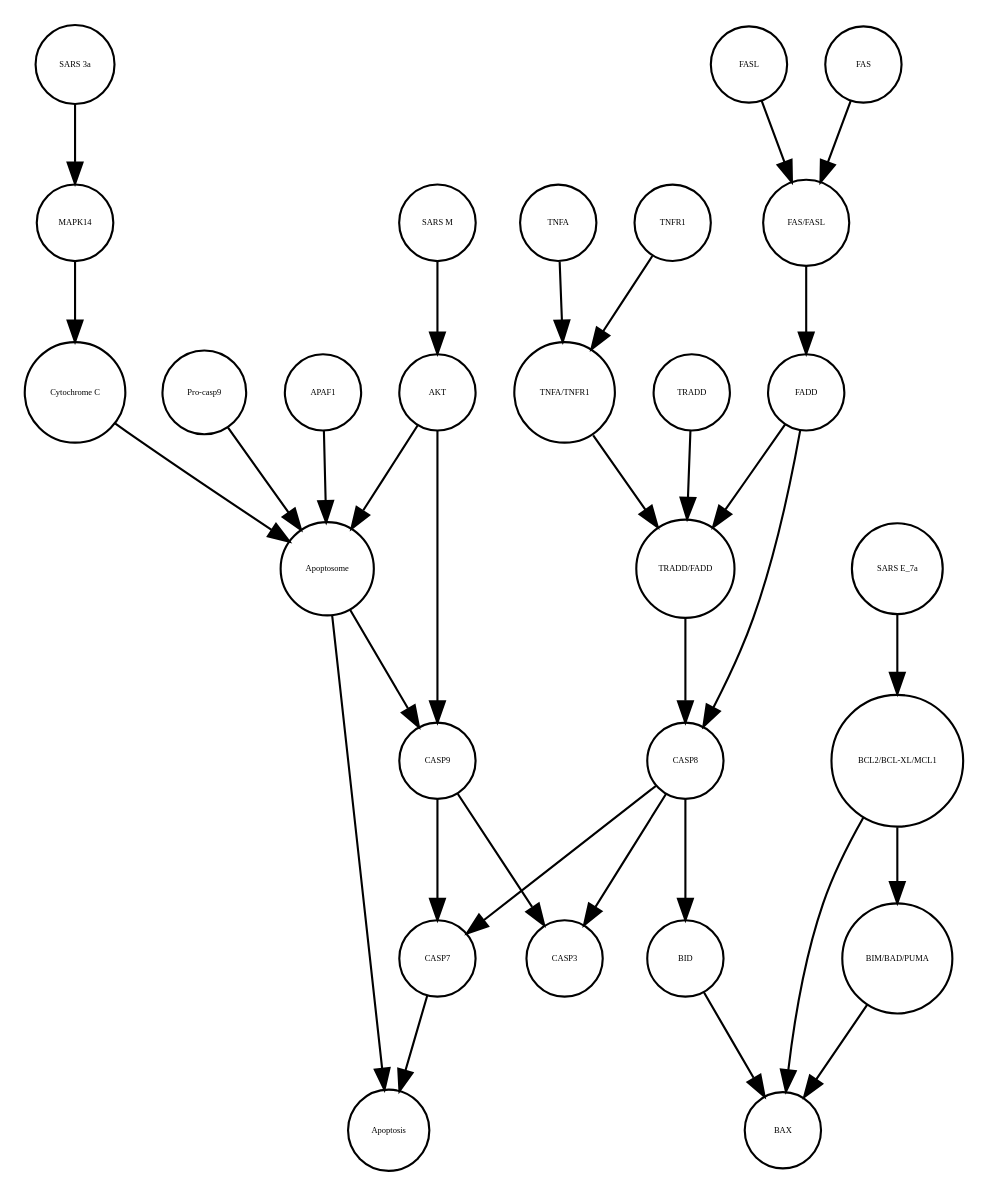
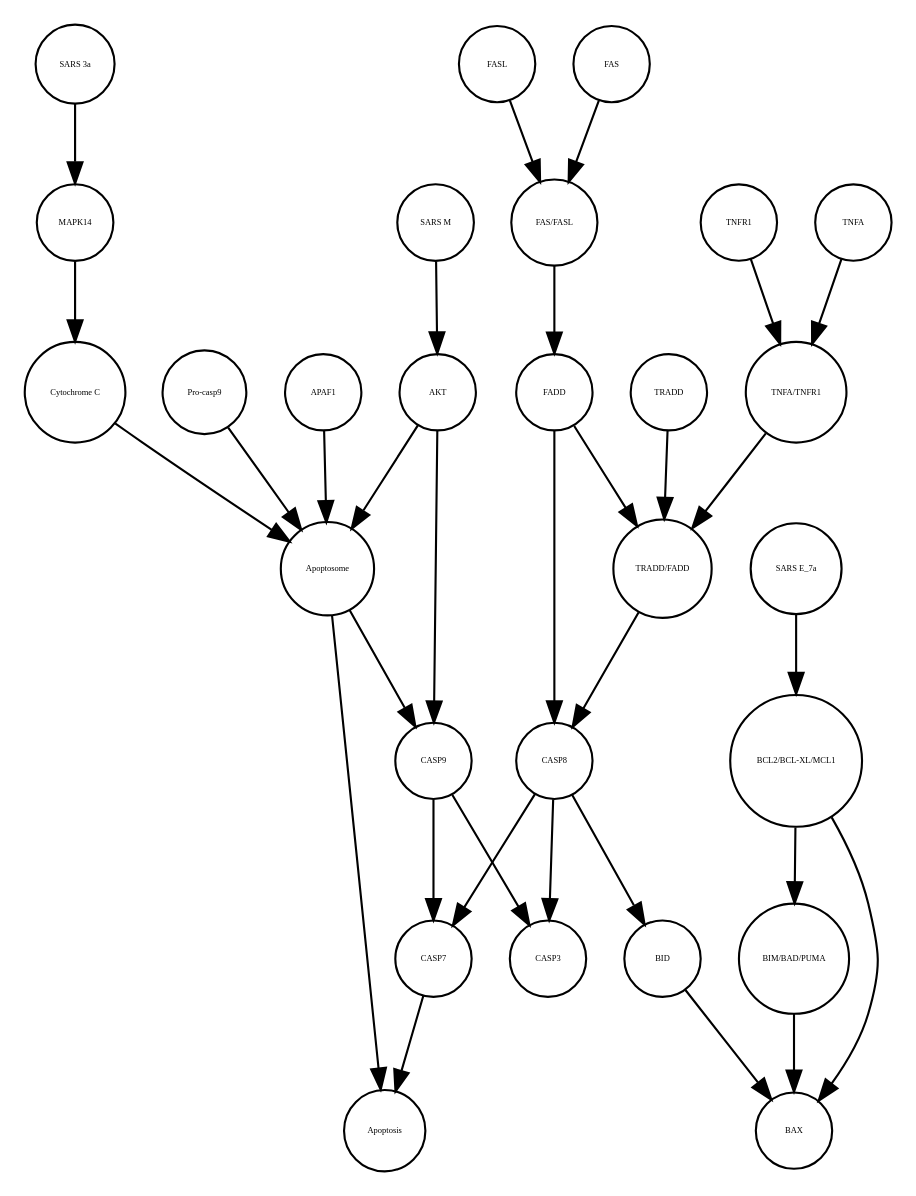
One commit to cannin/covid19-sbgn changed the diagram in Apoptosis_VS_SSA_AN.xml_projected.dot. Above: the diagram before and after it, drawn with Graphviz. The commit also changed other lines of this file and 572 other files, not shown here.

```diff
--- a/Apoptosis_VS_SSA_AN.xml_projected.dot
+++ b/Apoptosis_VS_SSA_AN.xml_projected.dot
@@ -1,60 +1,60 @@
 strict digraph  {
 CASP7 [annotation="", bipartite=0, cls=macromolecule, fontsize=4, label=CASP7, shape=circle];
 Apoptosis [annotation="", bipartite=0, cls=phenotype, fontsize=4, label=Apoptosis, shape=circle];
 Apoptosome [annotation="", bipartite=0, cls=complex, fontsize=4, label=Apoptosome, shape=circle];
+BAX [annotation="", bipartite=0, cls=macromolecule, fontsize=4, label=BAX, shape=circle];
+"Cytochrome C" [annotation="", bipartite=0, cls=macromolecule, fontsize=4, label="Cytochrome C", shape=circle];
+"SARS M" [annotation="", bipartite=0, cls=macromolecule, fontsize=4, label="SARS M", shape=circle];
+"SARS E_7a" [annotation="", bipartite=0, cls=macromolecule, fontsize=4, label="SARS E_7a", shape=circle];
+"SARS 3a" [annotation="", bipartite=0, cls=macromolecule, fontsize=4, label="SARS 3a", shape=circle];
+"Pro-casp9" [annotation="", bipartite=0, cls=macromolecule, fontsize=4, label="Pro-casp9", shape=circle];
+TRADD [annotation="", bipartite=0, cls=macromolecule, fontsize=4, label=TRADD, shape=circle];
 CASP8 [annotation="", bipartite=0, cls=macromolecule, fontsize=4, label=CASP8, shape=circle];
-BAX [annotation="", bipartite=0, cls=macromolecule, fontsize=4, label=BAX, shape=circle];
+FADD [annotation="", bipartite=0, cls=macromolecule, fontsize=4, label=FADD, shape=circle];
+BID [annotation="", bipartite=0, cls=macromolecule, fontsize=4, label=BID, shape=circle];
+TNFR1 [annotation="", bipartite=0, cls=macromolecule, fontsize=4, label=TNFR1, shape=circle];
+APAF1 [annotation="", bipartite=0, cls=macromolecule, fontsize=4, label=APAF1, shape=circle];
+"TNFA/TNFR1" [annotation="", bipartite=0, cls=complex, fontsize=4, label="TNFA/TNFR1", shape=circle];
+"TRADD/FADD" [annotation="", bipartite=0, cls=complex, fontsize=4, label="TRADD/FADD", shape=circle];
 TNFA [annotation="", bipartite=0, cls=macromolecule, fontsize=4, label=TNFA, shape=circle];
-"SARS M" [annotation="", bipartite=0, cls=macromolecule, fontsize=4, label="SARS M", shape=circle];
+CASP3 [annotation="", bipartite=0, cls=macromolecule, fontsize=4, label=CASP3, shape=circle];
+"BIM/BAD/PUMA" [annotation="", bipartite=0, cls=complex, fontsize=4, label="BIM/BAD/PUMA", shape=circle];
+FAS [annotation="", bipartite=0, cls=macromolecule, fontsize=4, label=FAS, shape=circle];
 "BCL2/BCL-XL/MCL1" [annotation="", bipartite=0, cls=complex, fontsize=4, label="BCL2/BCL-XL/MCL1", shape=circle];
-FAS [annotation="", bipartite=0, cls=macromolecule, fontsize=4, label=FAS, shape=circle];
+MAPK14 [annotation="", bipartite=0, cls=macromolecule, fontsize=4, label=MAPK14, shape=circle];
 CASP9 [annotation="", bipartite=0, cls=macromolecule, fontsize=4, label=CASP9, shape=circle];
-BID [annotation="", bipartite=0, cls=macromolecule, fontsize=4, label=BID, shape=circle];
-"SARS 3a" [annotation="", bipartite=0, cls=macromolecule, fontsize=4, label="SARS 3a", shape=circle];
-"TNFA/TNFR1" [annotation="", bipartite=0, cls=complex, fontsize=4, label="TNFA/TNFR1", shape=circle];
-APAF1 [annotation="", bipartite=0, cls=macromolecule, fontsize=4, label=APAF1, shape=circle];
+FASL [annotation="", bipartite=0, cls=macromolecule, fontsize=4, label=FASL, shape=circle];
+"FAS/FASL" [annotation="", bipartite=0, cls=complex, fontsize=4, label="FAS/FASL", shape=circle];
 AKT [annotation="", bipartite=0, cls=macromolecule, fontsize=4, label=AKT, shape=circle];
-"Pro-casp9" [annotation="", bipartite=0, cls=macromolecule, fontsize=4, label="Pro-casp9", shape=circle];
-"Cytochrome C" [annotation="", bipartite=0, cls=macromolecule, fontsize=4, label="Cytochrome C", shape=circle];
-CASP3 [annotation="", bipartite=0, cls=macromolecule, fontsize=4, label=CASP3, shape=circle];
-"SARS E_7a" [annotation="", bipartite=0, cls=macromolecule, fontsize=4, label="SARS E_7a", shape=circle];
-"FAS/FASL" [annotation="", bipartite=0, cls=complex, fontsize=4, label="FAS/FASL", shape=circle];
-"TRADD/FADD" [annotation="", bipartite=0, cls=complex, fontsize=4, label="TRADD/FADD", shape=circle];
-"BIM/BAD/PUMA" [annotation="", bipartite=0, cls=complex, fontsize=4, label="BIM/BAD/PUMA", shape=circle];
-TNFR1 [annotation="", bipartite=0, cls=macromolecule, fontsize=4, label=TNFR1, shape=circle];
-TRADD [annotation="", bipartite=0, cls=macromolecule, fontsize=4, label=TRADD, shape=circle];
-FADD [annotation="", bipartite=0, cls=macromolecule, fontsize=4, label=FADD, shape=circle];
-MAPK14 [annotation="", bipartite=0, cls=macromolecule, fontsize=4, label=MAPK14, shape=circle];
-FASL [annotation="", bipartite=0, cls=macromolecule, fontsize=4, label=FASL, shape=circle];
 CASP7 -> Apoptosis  [annotation="", interaction_type=stimulation];
 Apoptosome -> Apoptosis  [annotation="", interaction_type=stimulation];
 Apoptosome -> CASP9  [annotation="urn_miriam_kegg.pathway_hsa04210", interaction_type=catalysis];
+"Cytochrome C" -> Apoptosome  [annotation="", interaction_type=production];
+"SARS M" -> AKT  [annotation=urn_miriam_pubmed_31226023, interaction_type=inhibition];
+"SARS E_7a" -> "BCL2/BCL-XL/MCL1"  [annotation="", interaction_type=inhibition];
+"SARS 3a" -> MAPK14  [annotation=urn_miriam_pubmed_31226023, interaction_type=catalysis];
+"Pro-casp9" -> Apoptosome  [annotation="", interaction_type=production];
+TRADD -> "TRADD/FADD"  [annotation="", interaction_type=production];
 CASP8 -> BID  [annotation="urn_miriam_kegg.pathway_hsa04210", interaction_type=catalysis];
+CASP8 -> CASP7  [annotation="urn_miriam_kegg.pathway_hsa04210", interaction_type=catalysis];
 CASP8 -> CASP3  [annotation="urn_miriam_kegg.pathway_hsa04210", interaction_type=catalysis];
-CASP8 -> CASP7  [annotation="urn_miriam_kegg.pathway_hsa04210", interaction_type=catalysis];
+FADD -> "TRADD/FADD"  [annotation="", interaction_type=production];
+FADD -> CASP8  [annotation="urn_miriam_kegg.pathway_hsa04210", interaction_type=catalysis];
+BID -> BAX  [annotation=urn_miriam_pubmed_31226023, interaction_type=catalysis];
+TNFR1 -> "TNFA/TNFR1"  [annotation="", interaction_type=production];
+APAF1 -> Apoptosome  [annotation="", interaction_type=production];
+"TNFA/TNFR1" -> "TRADD/FADD"  [annotation="urn_miriam_kegg.pathway_hsa04210", interaction_type=catalysis];
+"TRADD/FADD" -> CASP8  [annotation="urn_miriam_kegg.pathway_hsa04210", interaction_type=catalysis];
 TNFA -> "TNFA/TNFR1"  [annotation="", interaction_type=production];
-"SARS M" -> AKT  [annotation=urn_miriam_pubmed_31226023, interaction_type=inhibition];
+"BIM/BAD/PUMA" -> BAX  [annotation=urn_miriam_pubmed_31226023, interaction_type=catalysis];
+FAS -> "FAS/FASL"  [annotation="", interaction_type=production];
 "BCL2/BCL-XL/MCL1" -> BAX  [annotation=urn_miriam_pubmed_31226023, interaction_type=inhibition];
 "BCL2/BCL-XL/MCL1" -> "BIM/BAD/PUMA"  [annotation="", interaction_type=inhibition];
-FAS -> "FAS/FASL"  [annotation="", interaction_type=production];
+MAPK14 -> "Cytochrome C"  [annotation="urn_miriam_kegg.pathway_hsa04210|urn_miriam_pubmed_31226023", interaction_type=catalysis];
+CASP9 -> CASP7  [annotation="urn_miriam_kegg.pathway_hsa04210", interaction_type=catalysis];
 CASP9 -> CASP3  [annotation="urn_miriam_kegg.pathway_hsa04210", interaction_type=catalysis];
-CASP9 -> CASP7  [annotation="urn_miriam_kegg.pathway_hsa04210", interaction_type=catalysis];
-BID -> BAX  [annotation=urn_miriam_pubmed_31226023, interaction_type=catalysis];
-"SARS 3a" -> MAPK14  [annotation=urn_miriam_pubmed_31226023, interaction_type=catalysis];
-"TNFA/TNFR1" -> "TRADD/FADD"  [annotation="urn_miriam_kegg.pathway_hsa04210", interaction_type=catalysis];
-APAF1 -> Apoptosome  [annotation="", interaction_type=production];
+FASL -> "FAS/FASL"  [annotation="", interaction_type=production];
+"FAS/FASL" -> FADD  [annotation="urn_miriam_kegg.pathway_hsa04210", interaction_type=catalysis];
+AKT -> Apoptosome  [annotation="urn_miriam_kegg.pathway_hsa04210", interaction_type=inhibition];
 AKT -> CASP9  [annotation="urn_miriam_kegg.pathway_hsa04210", interaction_type=inhibition];
-AKT -> Apoptosome  [annotation="urn_miriam_kegg.pathway_hsa04210", interaction_type=inhibition];
-"Pro-casp9" -> Apoptosome  [annotation="", interaction_type=production];
-"Cytochrome C" -> Apoptosome  [annotation="", interaction_type=production];
-"SARS E_7a" -> "BCL2/BCL-XL/MCL1"  [annotation="", interaction_type=inhibition];
-"FAS/FASL" -> FADD  [annotation="urn_miriam_kegg.pathway_hsa04210", interaction_type=catalysis];
-"TRADD/FADD" -> CASP8  [annotation="urn_miriam_kegg.pathway_hsa04210", interaction_type=catalysis];
-"BIM/BAD/PUMA" -> BAX  [annotation=urn_miriam_pubmed_31226023, interaction_type=catalysis];
-TNFR1 -> "TNFA/TNFR1"  [annotation="", interaction_type=production];
-TRADD -> "TRADD/FADD"  [annotation="", interaction_type=production];
-FADD -> CASP8  [annotation="urn_miriam_kegg.pathway_hsa04210", interaction_type=catalysis];
-FADD -> "TRADD/FADD"  [annotation="", interaction_type=production];
-MAPK14 -> "Cytochrome C"  [annotation="urn_miriam_kegg.pathway_hsa04210|urn_miriam_pubmed_31226023", interaction_type=catalysis];
-FASL -> "FAS/FASL"  [annotation="", interaction_type=production];
 }
```
